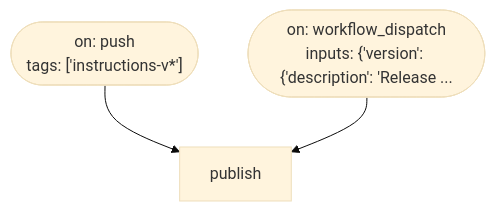
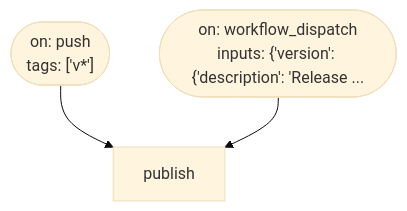
Before and after one commit to tvna/claude-md: the diagram in docs/generated/workflows/publish-instructions-release-if-branches.md, drawn with Mermaid (base theme). The commit also changed 7 other files, not shown here.

First line of the commit message:
docs(generated): regenerate decision tree and workflow diagrams

````diff
--- a/docs/generated/workflows/publish-instructions-release-if-branches.md
+++ b/docs/generated/workflows/publish-instructions-release-if-branches.md
@@ -5,11 +5,11 @@
 ```mermaid
 flowchart TD
 
-    T_push(["on: push\ntags: ['instructions-v*']"])
+    T_push(["on: push\ntags: ['v*']"])
     T_workflow_dispatch(["on: workflow_dispatch\ninputs: {'version': {'description': 'Release ..."])
 
     J_publish["publish"]
 
     T_push --> J_publish
     T_workflow_dispatch --> J_publish
 ```
````
